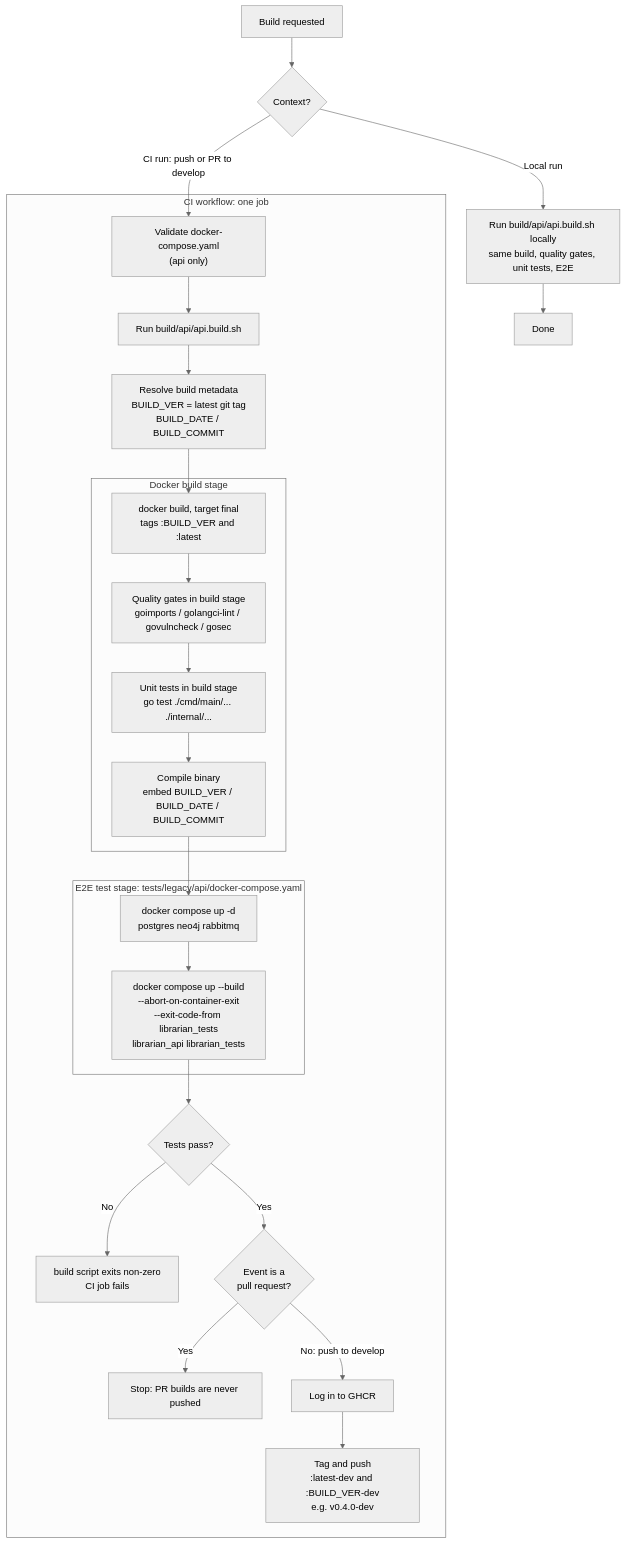
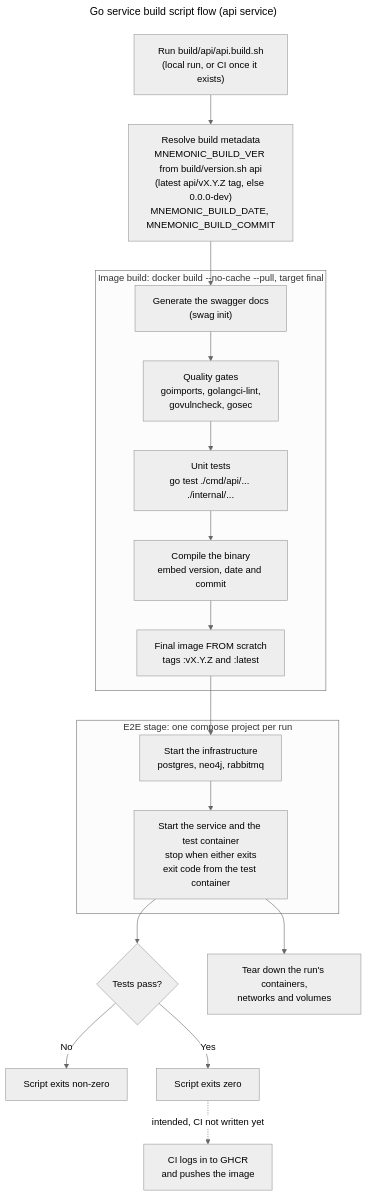
The diagram in docs/design/diagrams/example-go-ci-cd-diagram.md (twistingmercury/mnemonic), drawn with Mermaid (neutral theme) before and after one commit. The commit also changed other lines of this file and 35 other files, not shown here.

First line of the commit message:
Rename the design docs to Mnemonic and fix the schema, build and CI text

````diff
--- a/docs/design/diagrams/example-go-ci-cd-diagram.md
+++ b/docs/design/diagrams/example-go-ci-cd-diagram.md
@@ -14,32 +15,27 @@
 ```mermaid
+---
+title: Go service build script flow (api service)
+---
 flowchart TD
-    A["Build requested"] --> K{"Context?"}
-    K -->|Local run| L["Run build/api/api.build.sh locally<br/>same build, quality gates, unit tests, E2E"]
-    L --> L1["Done"]
-    K -->|"CI run: push or PR to develop"| V
+    A["Run build/api/api.build.sh<br/>(local run, or CI once it exists)"] --> B["Resolve build metadata<br/>MNEMONIC_BUILD_VER from build/version.sh api<br/>(latest api/vX.Y.Z tag, else 0.0.0-dev)<br/>MNEMONIC_BUILD_DATE, MNEMONIC_BUILD_COMMIT"]
 
-    subgraph CI0[CI workflow: one job]
-    V["Validate docker-compose.yaml<br/>(api only)"] --> B["Run build/api/api.build.sh"]
-    B --> B1["Resolve build metadata<br/>BUILD_VER = latest git tag<br/>BUILD_DATE / BUILD_COMMIT"]
-    subgraph C0[Docker build stage]
-    C["docker build, target final<br/>tags :BUILD_VER and :latest"] --> C1["Quality gates in build stage<br/>goimports / golangci-lint / govulncheck / gosec"]
-    C1 --> C2["Unit tests in build stage<br/>go test ./cmd/main/... ./internal/..."]
-    C2 --> C3["Compile binary<br/>embed BUILD_VER / BUILD_DATE / BUILD_COMMIT"]
-    end
-    B1 --> C
-
-    subgraph D0[E2E test stage: tests/legacy/api/docker-compose.yaml]
-    E["docker compose up -d<br/>postgres neo4j rabbitmq"]
-    G["docker compose up --build<br/>--abort-on-container-exit<br/>--exit-code-from librarian_tests<br/>librarian_api librarian_tests"]
-    E --> G
+    subgraph C0["Image build: docker build --no-cache --pull, target final"]
+        C["Generate the swagger docs<br/>(swag init)"] --> C1["Quality gates<br/>goimports, golangci-lint,<br/>govulncheck, gosec"]
+        C1 --> C2["Unit tests<br/>go test ./cmd/api/... ./internal/..."]
+        C2 --> C3["Compile the binary<br/>embed version, date and commit"]
+        C3 --> C4["Final image FROM scratch<br/>tags :vX.Y.Z and :latest"]
     end
 
-    C3 --> E
+    B --> C
+
+    subgraph D0["E2E stage: one compose project per run"]
+        E["Start the infrastructure<br/>postgres, neo4j, rabbitmq"] --> G["Start the service and the test container<br/>stop when either exits<br/>exit code from the test container"]
+    end
+
+    C4 --> E
     G --> H{"Tests pass?"}
-    H -->|No| I["build script exits non-zero<br/>CI job fails"]
-    H -->|Yes| N{"Event is a<br/>pull request?"}
-    N -->|Yes| Q["Stop: PR builds are never pushed"]
-    N -->|"No: push to develop"| O["Log in to GHCR"]
-    O --> R["Tag and push<br/>:latest-dev and :BUILD_VER-dev<br/>e.g. v0.4.0-dev"]
-    end
+    H -->|No| I["Script exits non-zero"]
+    H -->|Yes| J["Script exits zero"]
+    G --> K["Tear down the run's containers,<br/>networks and volumes"]
+    J -.->|"intended, CI not written yet"| L["CI logs in to GHCR<br/>and pushes the image"]
 ```
````
